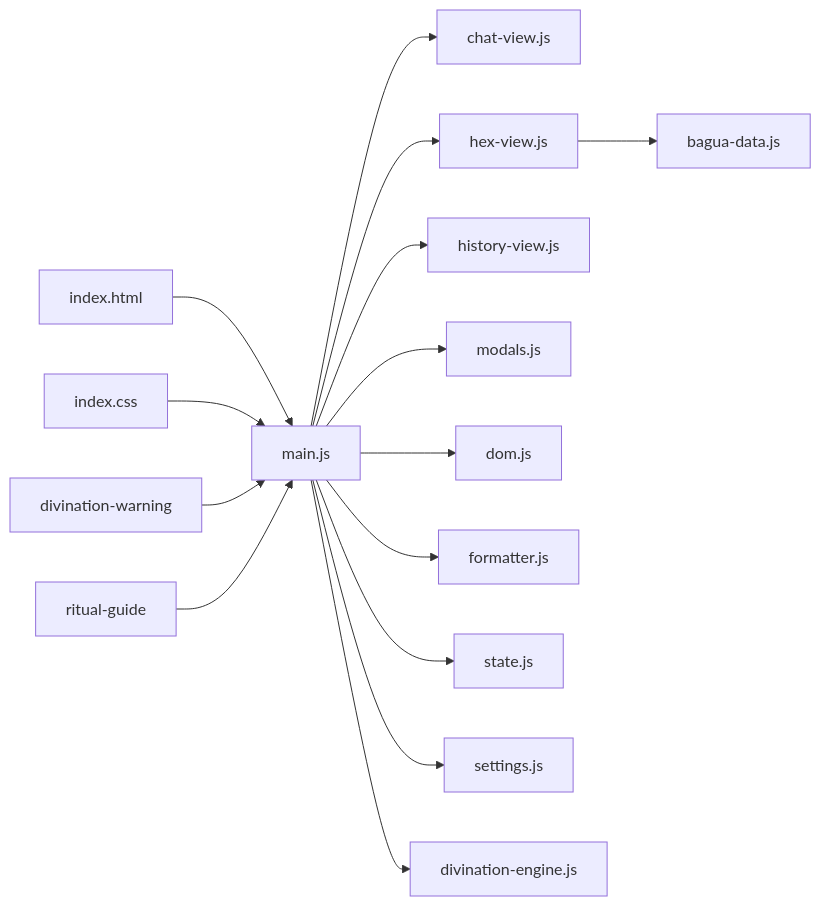
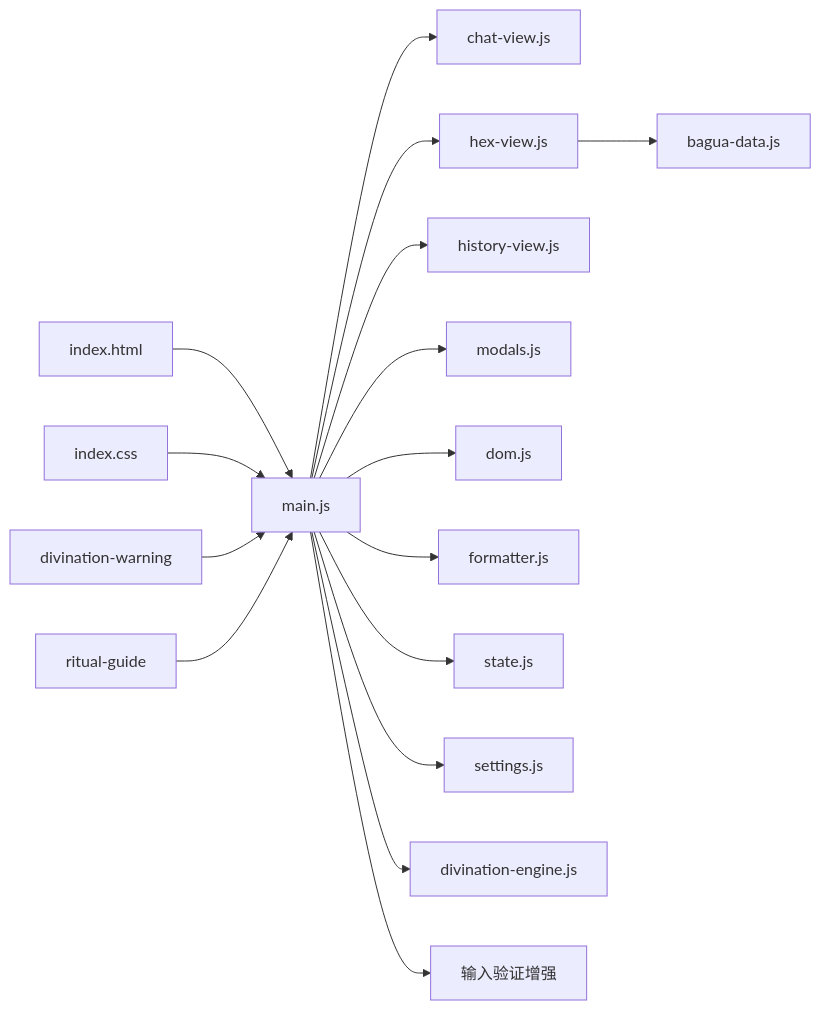
The ninth of 9 diagrams in .qoder/repowiki/zh/content/用户界面/用户界面.md (ghg618-ui/meihuayili-3.8), drawn with Mermaid before and after one commit. The commit also changed other lines of this file and 4 other files, not shown here.

````diff
--- a/.qoder/repowiki/zh/content/用户界面/用户界面.md
+++ b/.qoder/repowiki/zh/content/用户界面/用户界面.md
@@ -481,17 +557,18 @@
 ```mermaid
 graph LR
 main_js["main.js"] --> chat_view["chat-view.js"]
 main_js --> hex_view["hex-view.js"]
 main_js --> history_view["history-view.js"]
 main_js --> modals["modals.js"]
 main_js --> dom_utils["dom.js"]
 main_js --> formatter["formatter.js"]
 main_js --> state["state.js"]
 main_js --> settings["settings.js"]
 main_js --> div_engine["divination-engine.js"]
+main_js --> input_validator["输入验证增强"]
 hex_view --> bagua["bagua-data.js"]
 index_html["index.html"] --> main_js
 index_css["index.css"] --> main_js
 warning_system["divination-warning"] --> main_js
 ritual_guide["ritual-guide"] --> main_js
 ```
````
